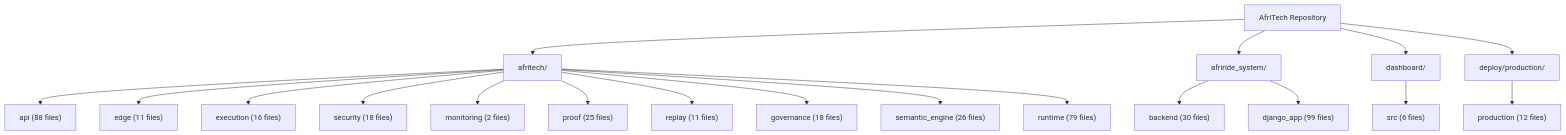
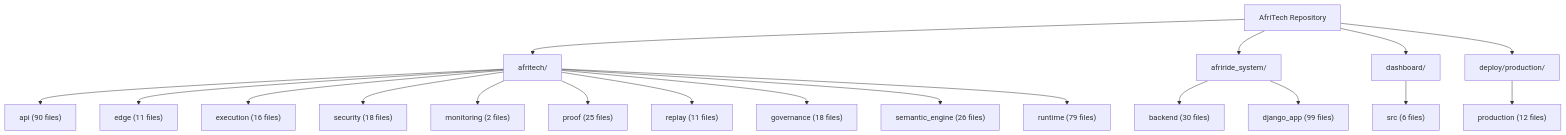
Before and after one commit to Strelly2023/afritelematics: the second of 2 diagrams in docs/architecture/AFRITECH_FULL_ARCHITECTURE_GRAPH.md, drawn with Mermaid. The commit also changed other lines of this file and 151 other files, not shown here.

````diff
--- a/docs/architecture/AFRITECH_FULL_ARCHITECTURE_GRAPH.md
+++ b/docs/architecture/AFRITECH_FULL_ARCHITECTURE_GRAPH.md
@@ -64,23 +64,23 @@
 ```mermaid
 flowchart TD
     Root["AfriTech Repository"] --> Core["afritech/"]
     Root --> Ride["afriride_system/"]
     Root --> Ui["dashboard/"]
     Root --> Deploy["deploy/production/"]
 
-    Core --> Api["api (88 files)"]
+    Core --> Api["api (90 files)"]
     Core --> Edge["edge (11 files)"]
     Core --> Execution["execution (16 files)"]
     Core --> Security["security (18 files)"]
     Core --> Monitoring["monitoring (2 files)"]
     Core --> Proof["proof (25 files)"]
     Core --> Replay["replay (11 files)"]
     Core --> Governance["governance (18 files)"]
     Core --> Semantic["semantic_engine (26 files)"]
     Core --> Runtime["runtime (79 files)"]
 
     Ride --> Backend["backend (30 files)"]
     Ride --> Django["django_app (99 files)"]
     Ui --> Dashboard["src (6 files)"]
     Deploy --> Production["production (12 files)"]
 ```
````
